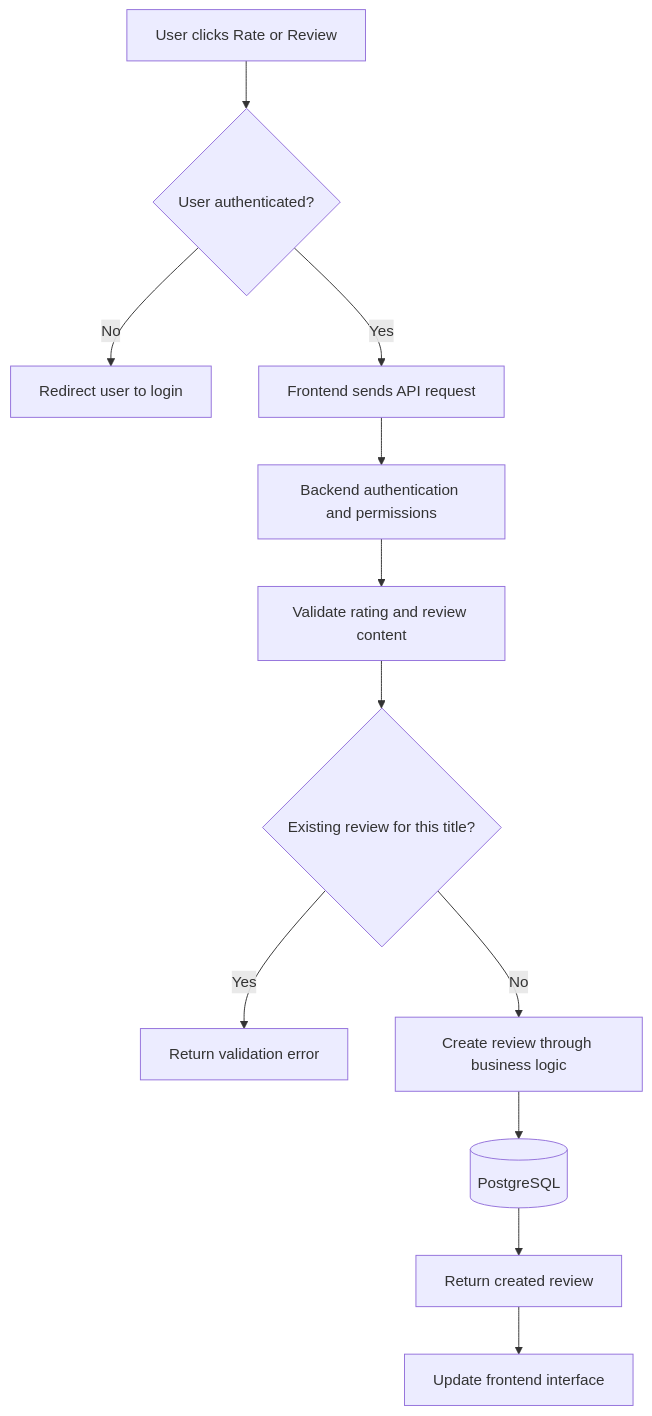
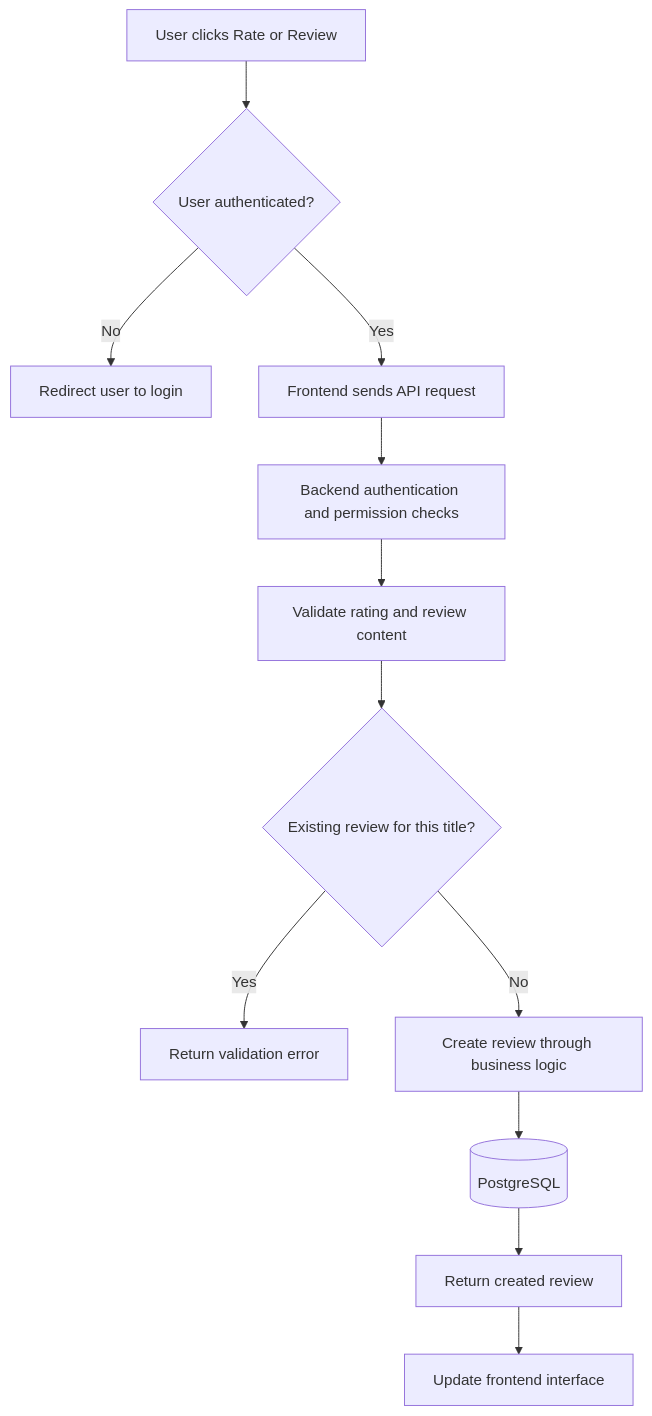
One commit to dnjor/RateScene-showcase changed the second of 4 diagrams in README.md. Above: the diagram before and after it, drawn with Mermaid. The commit also changed other lines of this file, not shown here.

````diff
--- a/README.md
+++ b/README.md
@@ -204,19 +206,19 @@
 ```mermaid
 flowchart TD
     A[User clicks Rate or Review] --> B{User authenticated?}
 
     B -- No --> C[Redirect user to login]
     B -- Yes --> D[Frontend sends API request]
 
-    D --> E[Backend authentication and permissions]
+    D --> E[Backend authentication and permission checks]
     E --> F[Validate rating and review content]
 
     F --> G{Existing review for this title?}
 
     G -- Yes --> H[Return validation error]
     G -- No --> I[Create review through business logic]
 
     I --> J[(PostgreSQL)]
     J --> K[Return created review]
     K --> L[Update frontend interface]
 ```
````
